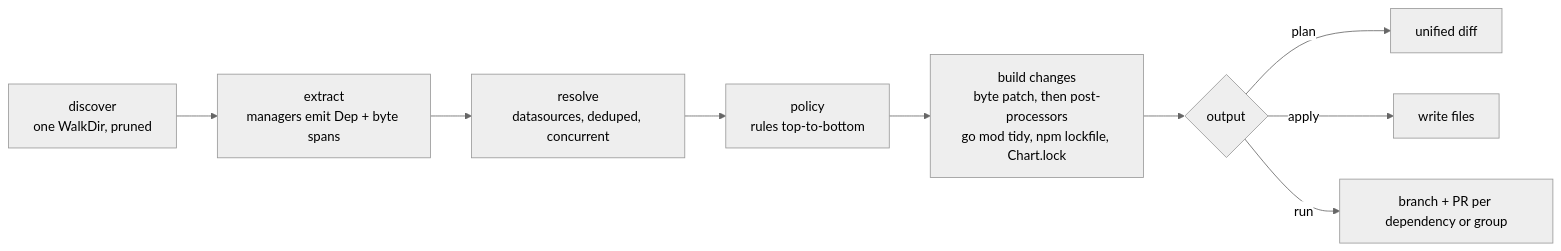
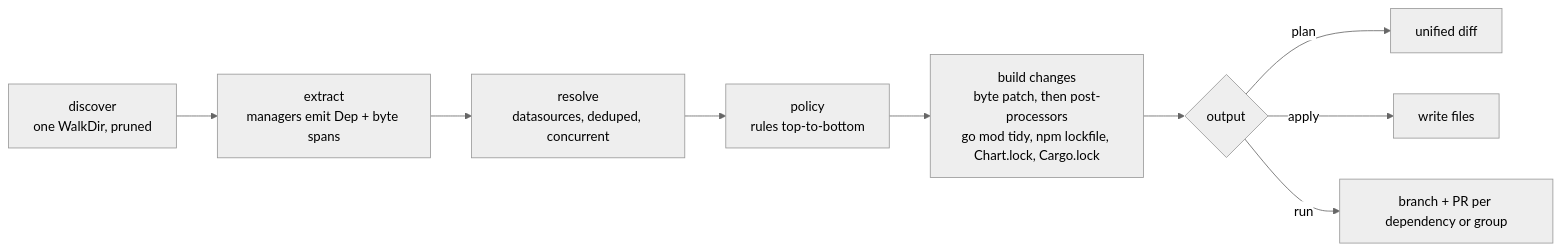
Before and after one commit to jakobmoellerdev/deps: the diagram in docs/design.md, drawn with Mermaid (neutral theme). The commit also changed other lines of this file and 43 other files, not shown here.

````diff
--- a/docs/design.md
+++ b/docs/design.md
@@ -15,11 +15,11 @@
 ```mermaid
 flowchart LR
     D[discover<br/>one WalkDir, pruned] --> E[extract<br/>managers emit Dep + byte spans]
     E --> R[resolve<br/>datasources, deduped, concurrent]
     R --> P[policy<br/>rules top-to-bottom]
-    P --> B[build changes<br/>byte patch, then post-processors<br/>go mod tidy, npm lockfile, Chart.lock]
+    P --> B[build changes<br/>byte patch, then post-processors<br/>go mod tidy, npm lockfile, Chart.lock, Cargo.lock]
     B --> O{output}
     O -->|plan| O1[unified diff]
     O -->|apply| O2[write files]
     O -->|run| O3[branch + PR per dependency or group]
 ```
````
